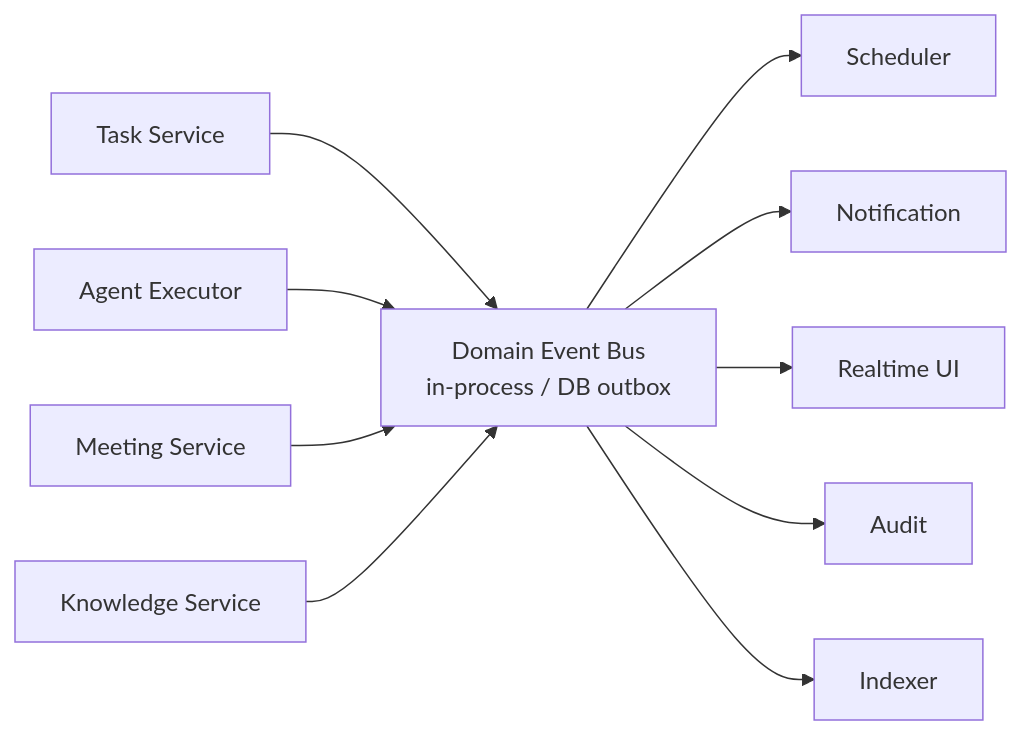
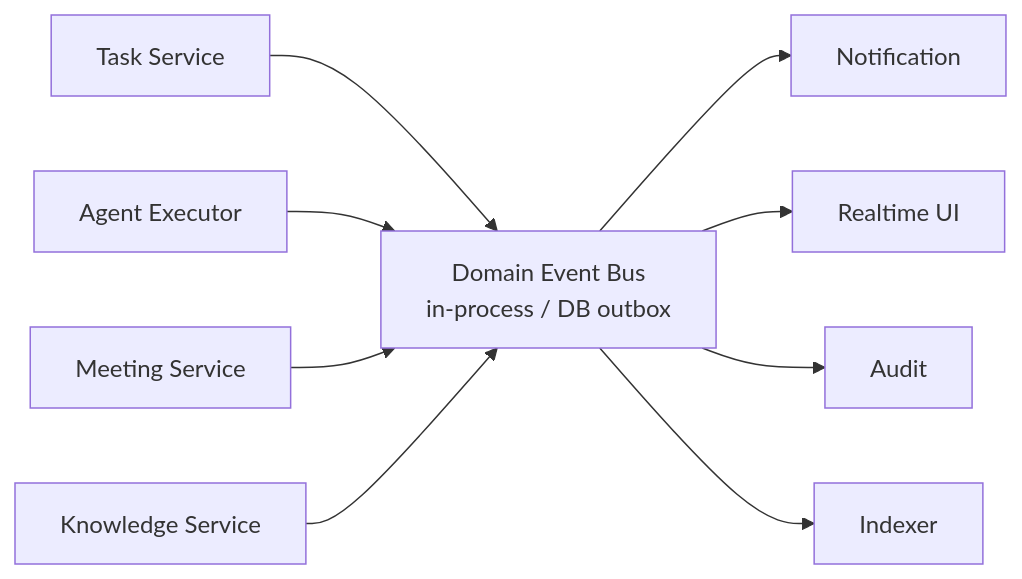
One commit to LunaDeerTech/agenteam changed the third of 5 diagrams in docs/architecture/platform-infrastructure/README.md. Above: the diagram before and after it, drawn with Mermaid. The commit also changed other lines of this file and 16 other files, not shown here.

````diff
--- a/docs/architecture/platform-infrastructure/README.md
+++ b/docs/architecture/platform-infrastructure/README.md
@@ -353,26 +353,24 @@
 ```mermaid
 flowchart LR
     Task["Task Service"]
     Executor["Agent Executor"]
     Meeting["Meeting Service"]
     Knowledge["Knowledge Service"]
 
     Events["Domain Event Bus<br/>in-process / DB outbox"]
 
-    Scheduler["Scheduler"]
     Notification["Notification"]
     Realtime["Realtime UI"]
     Audit["Audit"]
     Indexer["Indexer"]
 
     Task --> Events
     Executor --> Events
     Meeting --> Events
     Knowledge --> Events
 
-    Events --> Scheduler
     Events --> Notification
     Events --> Realtime
     Events --> Audit
     Events --> Indexer
 ```
````
